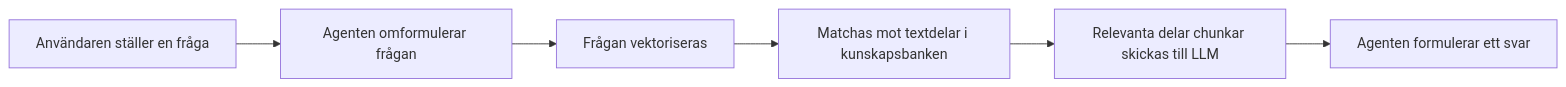
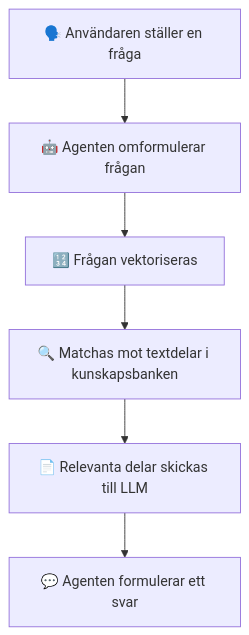
Before and after one commit to tyto-official/copilot-studio-course: the second of 2 diagrams in docs/tips/knowledge.md, drawn with Mermaid. The commit also changed other lines of this file, not shown here.

````diff
--- a/docs/tips/knowledge.md
+++ b/docs/tips/knowledge.md
@@ -44,8 +52,8 @@
 ```mermaid
-flowchart LR
-    A[Användaren ställer en fråga] --> B[Agenten omformulerar frågan]
-    B --> C[Frågan vektoriseras]
-    C --> D[Matchas mot textdelar i kunskapsbanken]
-    D --> E[Relevanta delar chunkar skickas till LLM]
-    E --> F[Agenten formulerar ett svar]
+flowchart TB
+    A["🗣️ Användaren ställer en fråga"] --> B["🤖 Agenten omformulerar frågan"]
+    B --> C["🔢 Frågan vektoriseras"]
+    C --> D["🔍 Matchas mot textdelar i kunskapsbanken"]
+    D --> E["📄 Relevanta delar skickas till LLM"]
+    E --> F["💬 Agenten formulerar ett svar"]
 ```
````
